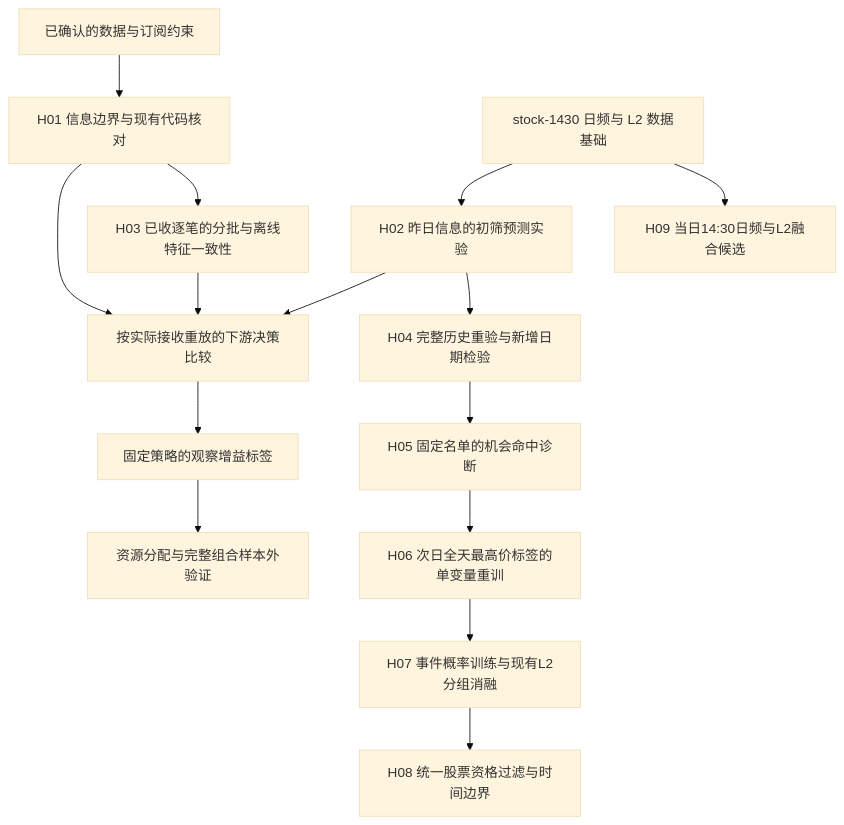
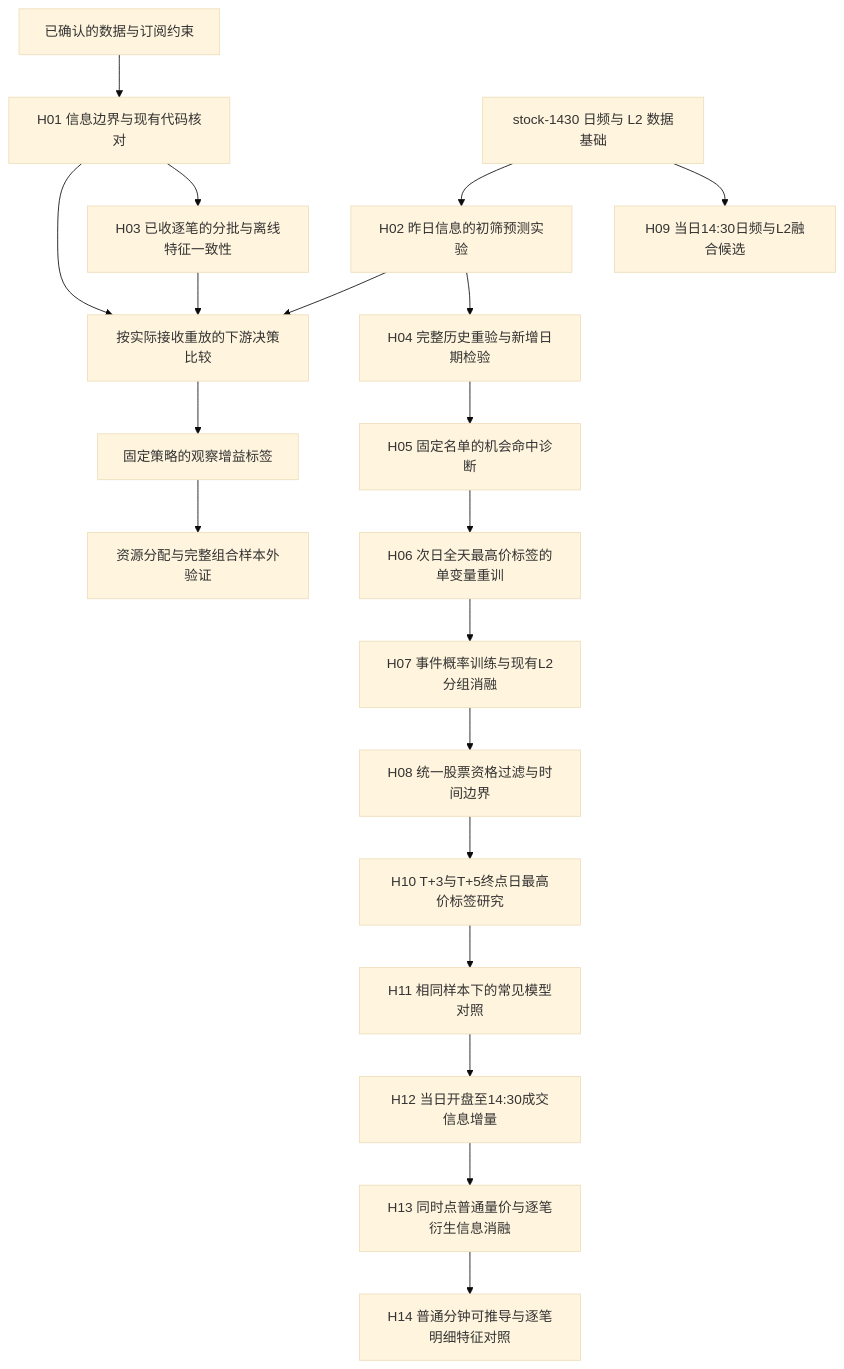
The diagram in research/subscription-training/README.md (UlricWu/trading), drawn with Mermaid (base theme) before and after one commit. The commit also changed other lines of this file and 47 other files, not shown here.

````diff
--- a/research/subscription-training/README.md
+++ b/research/subscription-training/README.md
@@ -21,17 +21,22 @@
 ```mermaid
 flowchart TD
     A[已确认的数据与订阅约束] --> B[H01 信息边界与现有代码核对]
     C[stock-1430 日频与 L2 数据基础] --> D[H02 昨日信息的初筛预测实验]
     C --> N[H09 当日14:30日频与L2融合候选]
     B --> E[按实际接收重放的下游决策比较]
     B --> H[H03 已收逐笔的分批与离线特征一致性]
     H --> E
     D --> E
     D --> I[H04 完整历史重验与新增日期检验]
     I --> J[H05 固定名单的机会命中诊断]
     J --> K[H06 次日全天最高价标签的单变量重训]
     K --> L[H07 事件概率训练与现有L2分组消融]
     L --> M[H08 统一股票资格过滤与时间边界]
+    M --> Q[H10 T+3与T+5终点日最高价标签研究]
+    Q --> R[H11 相同样本下的常见模型对照]
+    R --> S[H12 当日开盘至14:30成交信息增量]
+    S --> U[H13 同时点普通量价与逐笔衍生信息消融]
+    U --> V[H14 普通分钟可推导与逐笔明细特征对照]
     E --> F[固定策略的观察增益标签]
     F --> G[资源分配与完整组合样本外验证]
 ```
````
